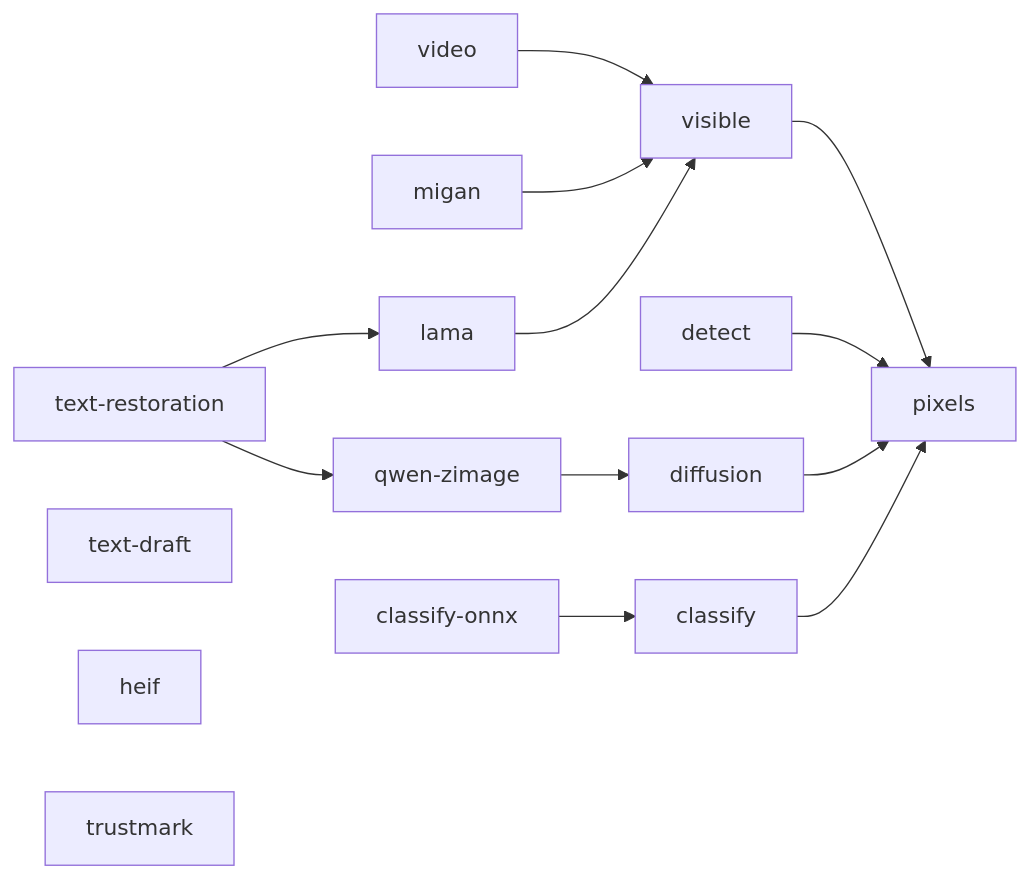
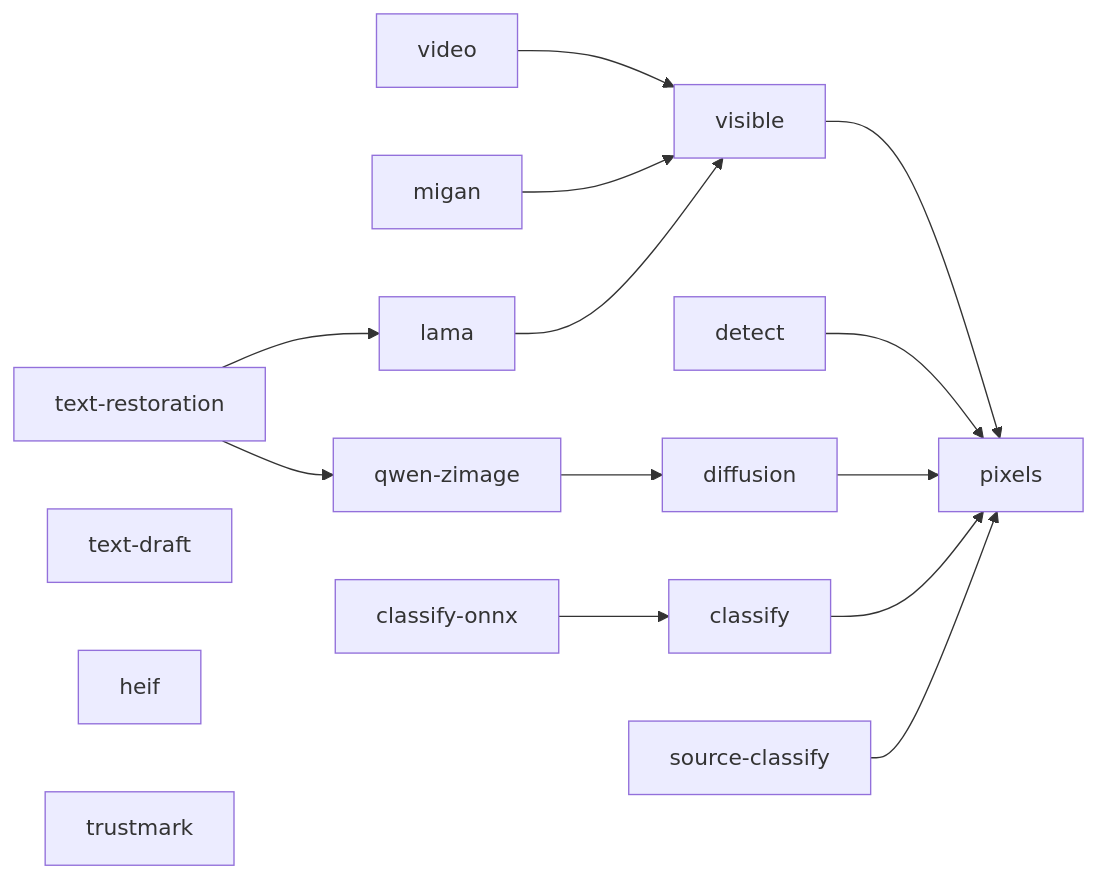
The diagram in docs/installation.md (899ms/remove-ai-watermarks), drawn with Mermaid before and after one commit. The commit also changed other lines of this file and 20 other files, not shown here.

````diff
--- a/docs/installation.md
+++ b/docs/installation.md
@@ -143,17 +144,18 @@
 ```mermaid
 flowchart LR
     visible --> pixels
     video --> visible
     detect --> pixels
     diffusion --> pixels
     migan --> visible
     lama --> visible
     qwen["qwen-zimage"] --> diffusion
     text["text-restoration"] --> qwen
     text --> lama
     draft["text-draft"]
     heif
     trustmark
     classify --> pixels
     onnx["classify-onnx"] --> classify
+    source["source-classify"] --> pixels
 ```
````
